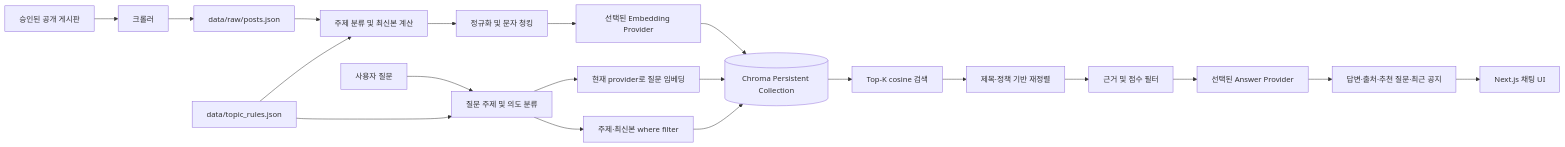
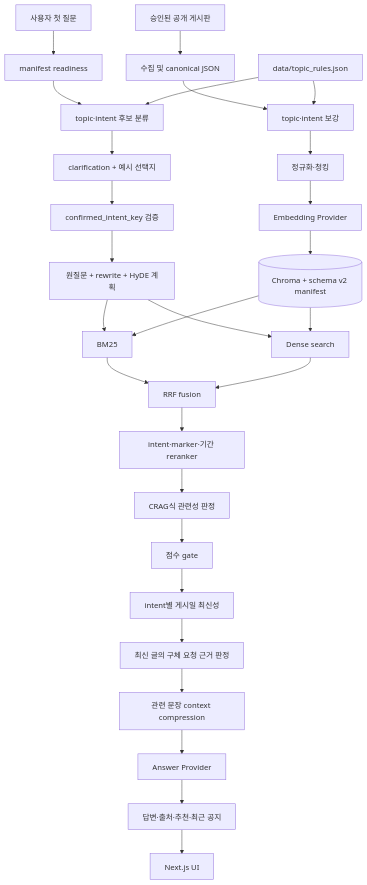
Before and after one commit to SeongHuni/Kumoh_SE_Mentoring_Bot: the diagram in docs/rag/overview.md, drawn with Mermaid. The commit also changed other lines of this file and 10 other files, not shown here.

````diff
--- a/docs/rag/overview.md
+++ b/docs/rag/overview.md
@@ -14,22 +15,31 @@
 ```mermaid
-flowchart LR
-    A[승인된 공개 게시판] --> B[크롤러]
-    B --> C[data/raw/posts.json]
-    C --> TC[주제 분류 및 최신본 계산]
-    TR[data/topic_rules.json] --> TC
-    TC --> D[정규화 및 문자 청킹]
-    D --> E[선택된 Embedding Provider]
-    E --> F[(Chroma Persistent Collection)]
-    Q[사용자 질문] --> QC[질문 주제 및 의도 분류]
-    TR --> QC
-    QC --> QE[현재 provider로 질문 임베딩]
-    QE --> F
-    QC --> WF[주제·최신본 where filter]
-    WF --> F
-    F --> R[Top-K cosine 검색]
-    R --> RR[제목·정책 기반 재정렬]
-    RR --> G[근거 및 점수 필터]
-    G --> A1[선택된 Answer Provider]
-    A1 --> API[답변·출처·추천 질문·최근 공지]
-    API --> UI[Next.js 채팅 UI]
+flowchart TD
+    A["승인된 공개 게시판"] --> B["수집 및 canonical JSON"]
+    B --> C["topic·intent 보강"]
+    T["data/topic_rules.json"] --> C
+    C --> D["정규화·청킹"]
+    D --> E["Embedding Provider"]
+    E --> F[("Chroma + schema v2 manifest")]
+
+    Q["사용자 첫 질문"] --> M["manifest readiness"]
+    M --> I["topic·intent 후보 분류"]
+    T --> I
+    I --> CL["clarification + 예시 선택지"]
+    CL --> CI["confirmed_intent_key 검증"]
+    CI --> P["원질문 + rewrite + HyDE 계획"]
+    P --> BM["BM25"]
+    P --> DE["Dense search"]
+    F --> BM
+    F --> DE
+    BM --> RRF["RRF fusion"]
+    DE --> RRF
+    RRF --> RR["intent·marker·기간 reranker"]
+    RR --> CR["CRAG식 관련성 판정"]
+    CR --> S["점수 gate"]
+    S --> FR["intent별 게시일 최신성"]
+    FR --> RE["최신 글의 구체 요청 근거 판정"]
+    RE --> CC["관련 문장 context compression"]
+    CC --> AN["Answer Provider"]
+    AN --> API["답변·출처·추천·최근 공지"]
+    API --> UI["Next.js UI"]
 ```
````
